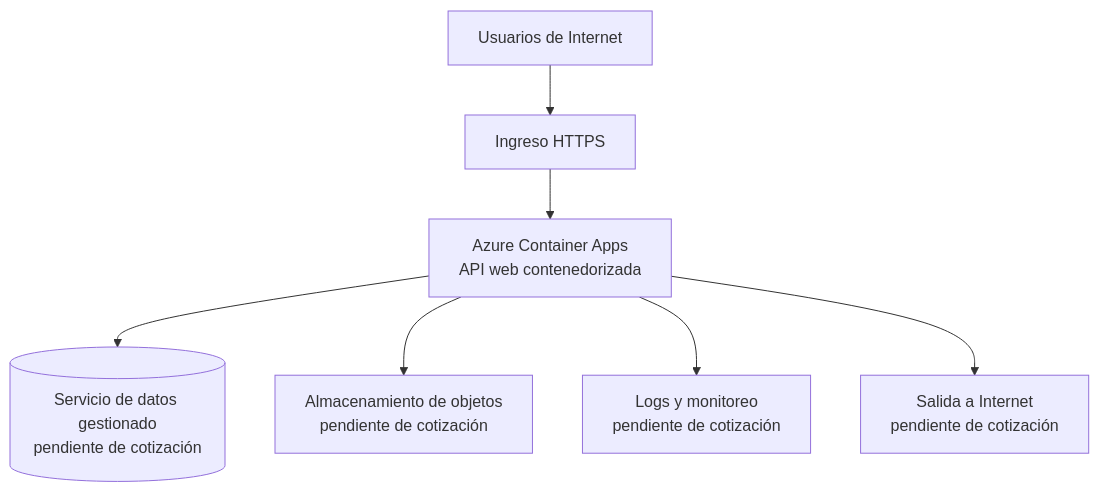
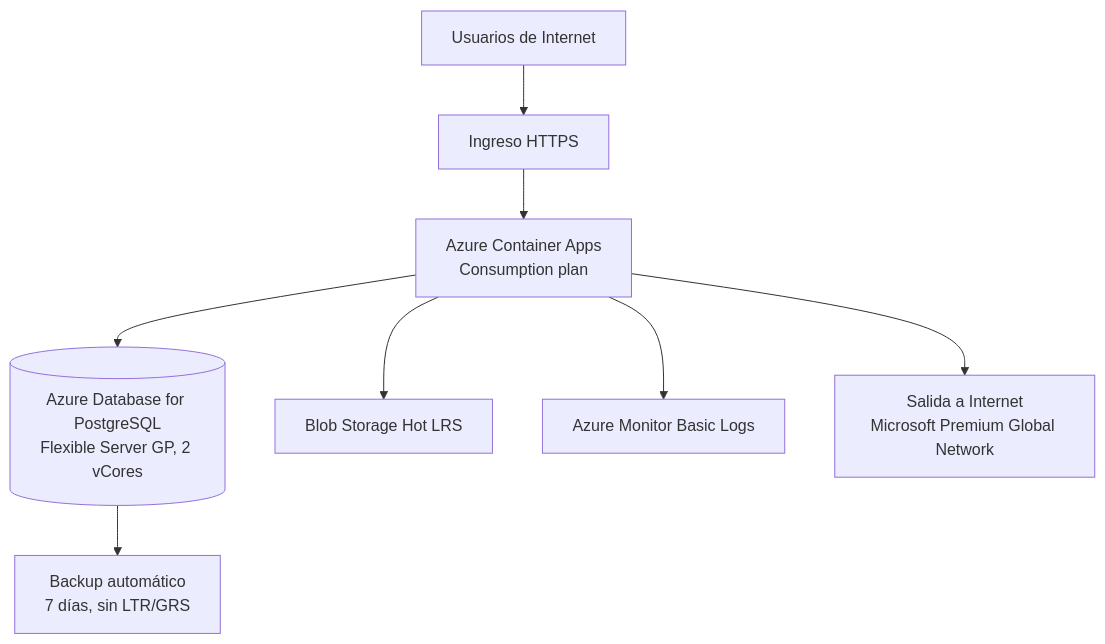
Before and after one commit to TheVillegas/FEP-INVESTIGACION: the diagram in docs/fp-182/arquitectura-y-supuestos-borrador.md, drawn with Mermaid. The commit also changed other lines of this file and 1 other file, not shown here.

Commit message:
docs(fp-182): correct architecture and assumptions

````diff
--- a/docs/fp-182/arquitectura-y-supuestos-borrador.md
+++ b/docs/fp-182/arquitectura-y-supuestos-borrador.md
@@ -13,9 +9,10 @@
 ```mermaid
 flowchart TB
     U[Usuarios de Internet] --> I[Ingreso HTTPS]
-    I --> ACA[Azure Container Apps\nAPI web contenedorizada]
-    ACA --> DB[(Servicio de datos gestionado\npendiente de cotización)]
-    ACA --> OBJ[Almacenamiento de objetos\npendiente de cotización]
-    ACA --> OBS[Logs y monitoreo\npendiente de cotización]
-    ACA --> NET[Salida a Internet\npendiente de cotización]
+    I --> ACA[Azure Container Apps\nConsumption plan]
+    ACA --> DB[(Azure Database for PostgreSQL\nFlexible Server GP, 2 vCores)]
+    ACA --> OBJ[Blob Storage Hot LRS]
+    ACA --> OBS[Azure Monitor Basic Logs]
+    ACA --> NET[Salida a Internet\nMicrosoft Premium Global Network]
+    DB --> BAK[Backup automático\n7 días, sin LTR/GRS]
 ```
````
